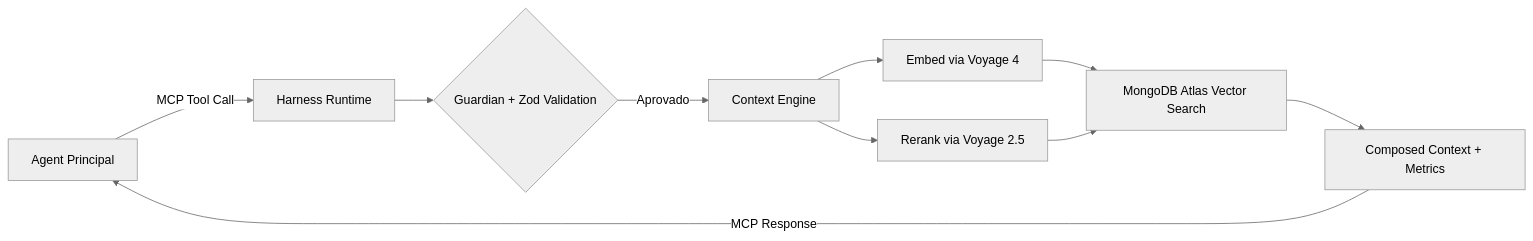
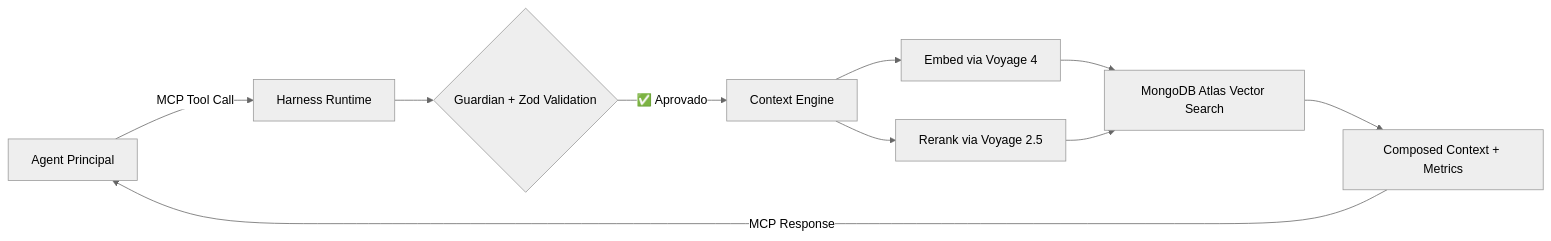
One commit to MachiTwo/MachiOnCoffee changed the diagram in content/docs/vectora/_index.md. Above: the diagram before and after it, drawn with Mermaid (neutral theme). The commit also changed other lines of this file and 32 other files, not shown here.

````diff
--- a/content/docs/vectora/_index.md
+++ b/content/docs/vectora/_index.md
@@ -51,12 +50,12 @@
 ```mermaid
 graph LR
     A[Agent Principal] -->|MCP Tool Call| B[Harness Runtime]
     B --> C{Guardian + Zod Validation}
-    C -->| Aprovado| D[Context Engine]
+    C -->|✅ Aprovado| D[Context Engine]
     D --> E[Embed via Voyage 4]
     D --> F[Rerank via Voyage 2.5]
     E --> G[MongoDB Atlas Vector Search]
     F --> G
     G --> H[Composed Context + Metrics]
     H -->|MCP Response| A
 ```
````
